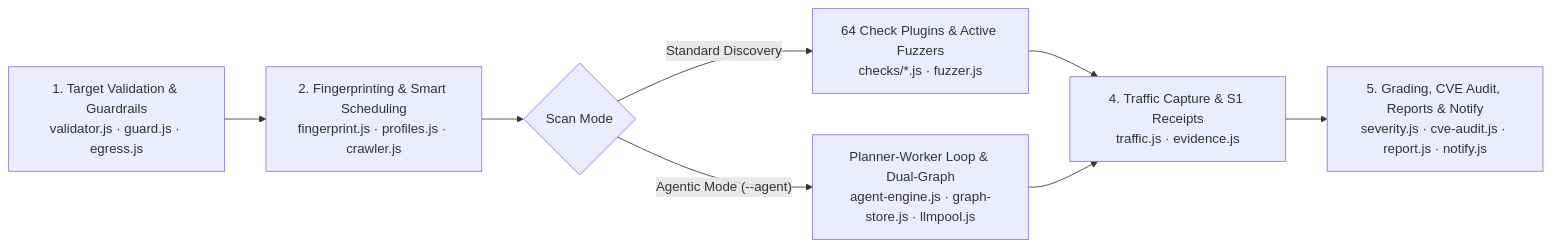
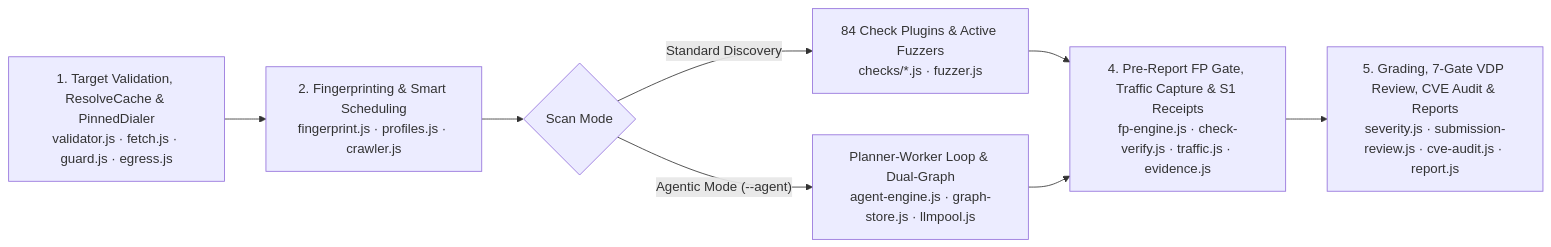
The diagram in README.md (adrianlaraperez88/security-scanner), drawn with Mermaid before and after one commit. The commit also changed other lines of this file and 225 other files, not shown here.

Commit message:
feat: implement core security scanner with CLI, CVE labs, checks, and browser extension

````diff
--- a/README.md
+++ b/README.md
@@ -37,10 +68,10 @@
 ```mermaid
 flowchart LR
-    A["1. Target Validation & Guardrails<br/>validator.js · guard.js · egress.js"] --> B["2. Fingerprinting & Smart Scheduling<br/>fingerprint.js · profiles.js · crawler.js"]
+    A["1. Target Validation, ResolveCache & PinnedDialer<br/>validator.js · fetch.js · guard.js · egress.js"] --> B["2. Fingerprinting & Smart Scheduling<br/>fingerprint.js · profiles.js · crawler.js"]
     B --> C{"Scan Mode"}
-    C -->|Standard Discovery| D["64 Check Plugins & Active Fuzzers<br/>checks/*.js · fuzzer.js"]
+    C -->|Standard Discovery| D["84 Check Plugins & Active Fuzzers<br/>checks/*.js · fuzzer.js"]
     C -->|"Agentic Mode (--agent)"| E["Planner-Worker Loop & Dual-Graph<br/>agent-engine.js · graph-store.js · llmpool.js"]
-    D --> F["4. Traffic Capture & S1 Receipts<br/>traffic.js · evidence.js"]
+    D --> F["4. Pre-Report FP Gate, Traffic Capture & S1 Receipts<br/>fp-engine.js · check-verify.js · traffic.js · evidence.js"]
     E --> F
-    F --> G["5. Grading, CVE Audit, Reports & Notify<br/>severity.js · cve-audit.js · report.js · notify.js"]
+    F --> G["5. Grading, 7-Gate VDP Review, CVE Audit & Reports<br/>severity.js · submission-review.js · cve-audit.js · report.js"]
 ```
````
